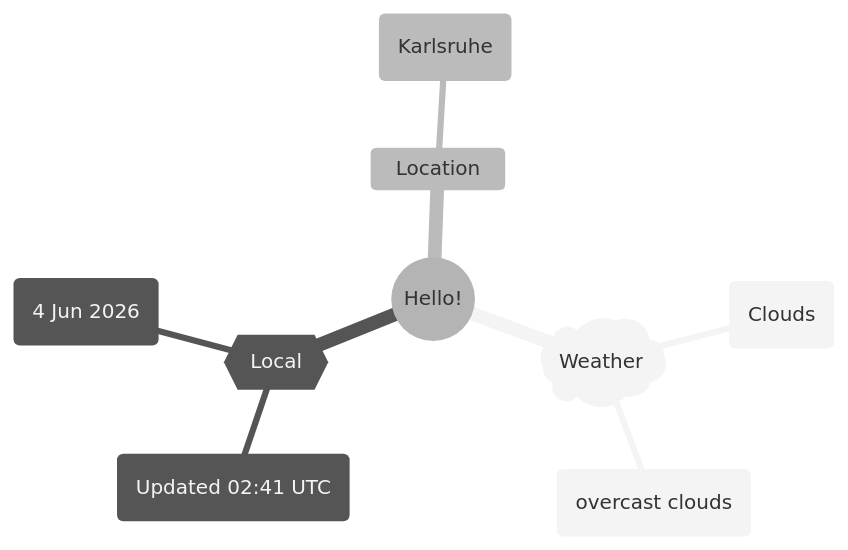
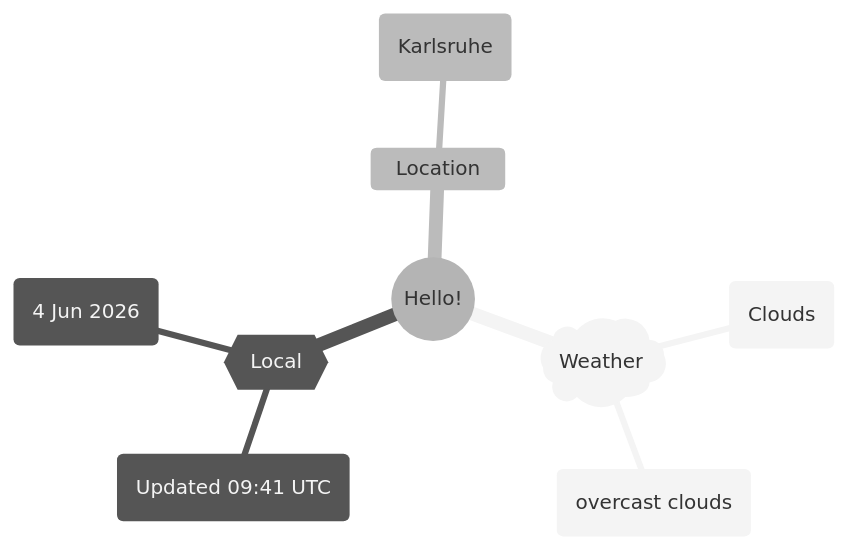
One commit to Xosrov/Xosrov changed the first of 2 diagrams in README.md. Above: the diagram before and after it, drawn with Mermaid (neutral theme).

Commit message:
[bot] updated images

````diff
--- a/README.md
+++ b/README.md
@@ -3,12 +3,12 @@
 ```mermaid
 mindmap
   root((Hello!))
     )Weather(
         (Clouds)
         (overcast clouds)
     {{Local}}
-        (Updated 02:41 UTC)
+        (Updated 09:41 UTC)
         (4 Jun 2026)
     Location
         (Karlsruhe)
 ```
````
